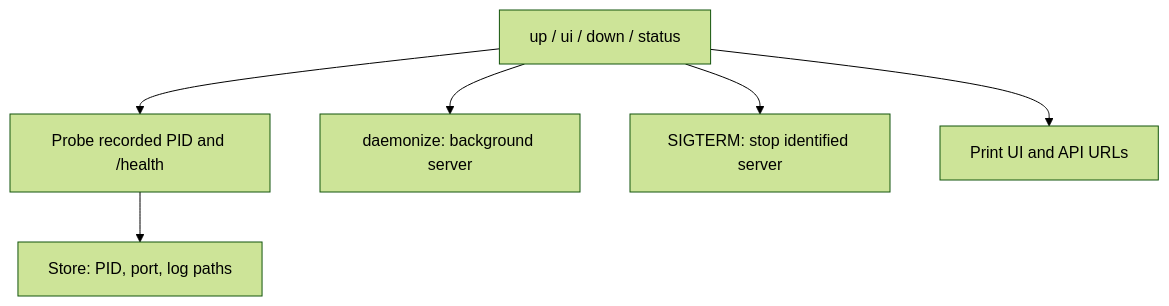
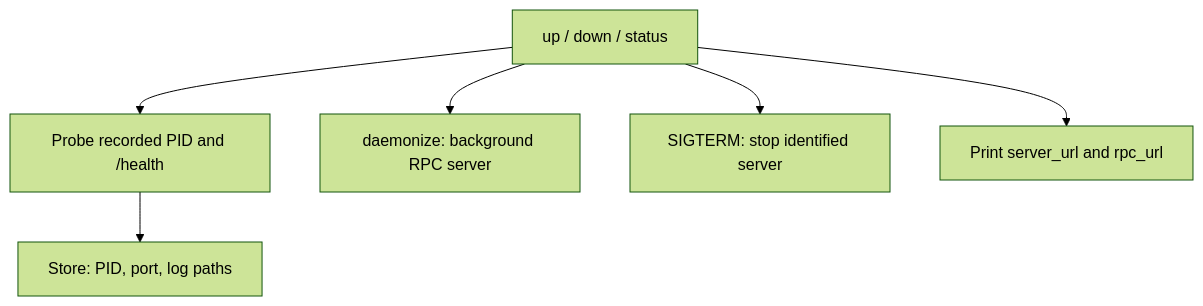
The diagram in docs/architecture/cli/daemon.md (difflab-io/lgtm), drawn with Mermaid (forest theme) before and after one commit. The commit also changed other lines of this file and 66 other files, not shown here.

````diff
--- a/docs/architecture/cli/daemon.md
+++ b/docs/architecture/cli/daemon.md
@@ -40,8 +39,8 @@
 ```mermaid
 flowchart TD
-    CALL["up / ui / down / status"] --> PROBE["Probe recorded PID and /health"]
+    CALL["up / down / status"] --> PROBE["Probe recorded PID and /health"]
     PROBE --> STORE["Store: PID, port, log paths"]
-    CALL --> START["daemonize: background server"]
+    CALL --> START["daemonize: background RPC server"]
     CALL --> STOP["SIGTERM: stop identified server"]
-    CALL --> URLS["Print UI and API URLs"]
+    CALL --> URLS["Print server_url and rpc_url"]
 ```
````
